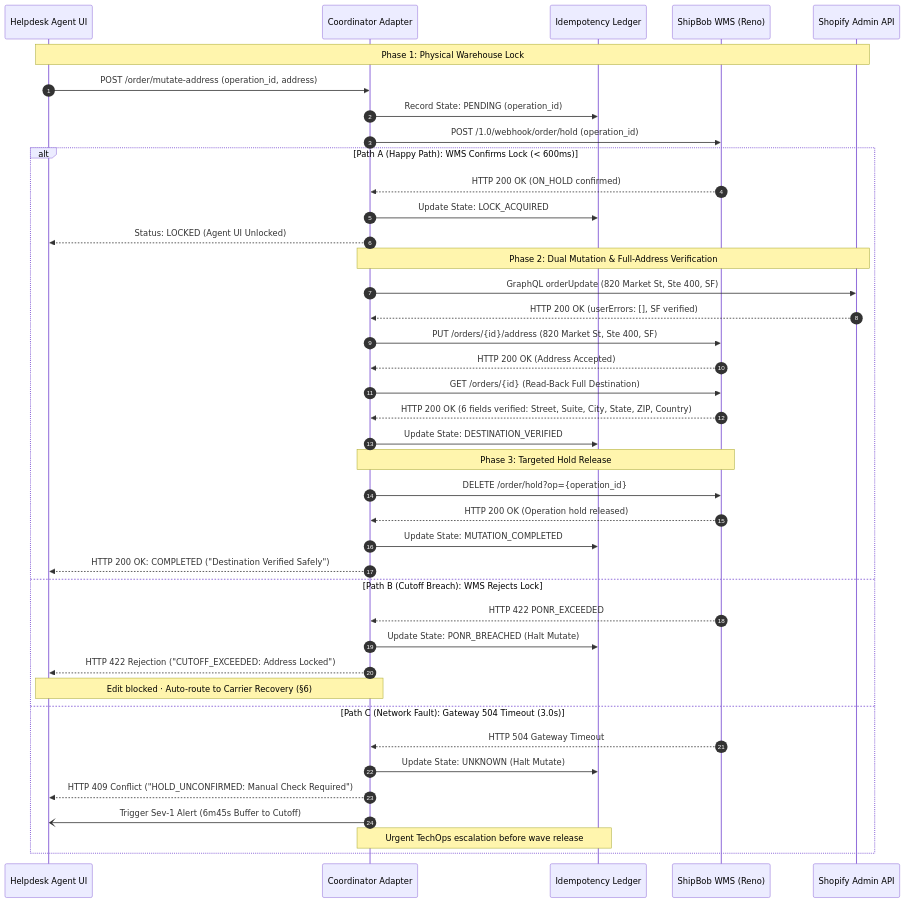
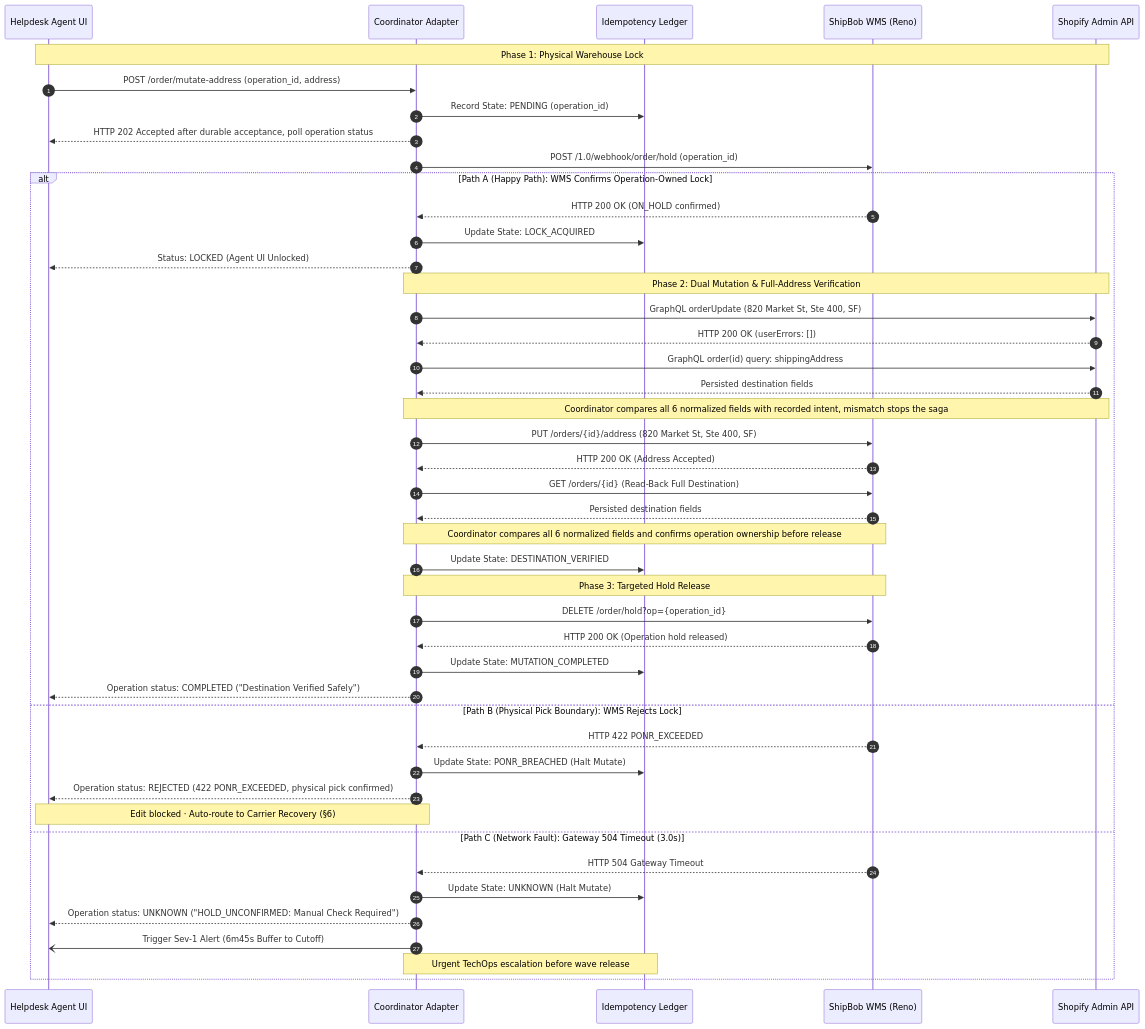
The second of 2 diagrams in capstone/MasterDossier-Capstone-AsynchronousOrderMutation.md (riovicsusas/portfolio), drawn with Mermaid before and after one commit. The commit also changed other lines of this file and 17 other files, not shown here.

````diff
--- a/capstone/MasterDossier-Capstone-AsynchronousOrderMutation.md
+++ b/capstone/MasterDossier-Capstone-AsynchronousOrderMutation.md
@@ -475,48 +479,53 @@
 ```mermaid
 sequenceDiagram
     autonumber
     participant Helpdesk as Helpdesk Agent UI
     participant Coord as Coordinator Adapter
     participant DB as Idempotency Ledger
     participant WMS as ShipBob WMS (Reno)
     participant Shopify as Shopify Admin API
 
     Note over Helpdesk,Shopify: Phase 1: Physical Warehouse Lock
     Helpdesk->>Coord: POST /order/mutate-address (operation_id, address)
     Coord->>DB: Record State: PENDING (operation_id)
+    Coord-->>Helpdesk: HTTP 202 Accepted after durable acceptance, poll operation status
     Coord->>WMS: POST /1.0/webhook/order/hold (operation_id)
 
-    alt Path A (Happy Path): WMS Confirms Lock (< 600ms)
+    alt Path A (Happy Path): WMS Confirms Operation-Owned Lock
         WMS-->>Coord: HTTP 200 OK (ON_HOLD confirmed)
         Coord->>DB: Update State: LOCK_ACQUIRED
         Coord-->>Helpdesk: Status: LOCKED (Agent UI Unlocked)
 
         Note over Coord,Shopify: Phase 2: Dual Mutation & Full-Address Verification
         Coord->>Shopify: GraphQL orderUpdate (820 Market St, Ste 400, SF)
-        Shopify-->>Coord: HTTP 200 OK (userErrors: [], SF verified)
+        Shopify-->>Coord: HTTP 200 OK (userErrors: [])
+        Coord->>Shopify: GraphQL order(id) query: shippingAddress
+        Shopify-->>Coord: Persisted destination fields
+        Note over Coord,Shopify: Coordinator compares all 6 normalized fields with recorded intent, mismatch stops the saga
         Coord->>WMS: PUT /orders/{id}/address (820 Market St, Ste 400, SF)
         WMS-->>Coord: HTTP 200 OK (Address Accepted)
         Coord->>WMS: GET /orders/{id} (Read-Back Full Destination)
-        WMS-->>Coord: HTTP 200 OK (6 fields verified: Street, Suite, City, State, ZIP, Country)
+        WMS-->>Coord: Persisted destination fields
+        Note over Coord,WMS: Coordinator compares all 6 normalized fields and confirms operation ownership before release
         Coord->>DB: Update State: DESTINATION_VERIFIED
 
         Note over Coord,WMS: Phase 3: Targeted Hold Release
         Coord->>WMS: DELETE /order/hold?op={operation_id}
         WMS-->>Coord: HTTP 200 OK (Operation hold released)
         Coord->>DB: Update State: MUTATION_COMPLETED
-        Coord-->>Helpdesk: HTTP 200 OK: COMPLETED ("Destination Verified Safely")
+        Coord-->>Helpdesk: Operation status: COMPLETED ("Destination Verified Safely")
 
-    else Path B (Cutoff Breach): WMS Rejects Lock
+    else Path B (Physical Pick Boundary): WMS Rejects Lock
         WMS-->>Coord: HTTP 422 PONR_EXCEEDED
         Coord->>DB: Update State: PONR_BREACHED (Halt Mutate)
-        Coord-->>Helpdesk: HTTP 422 Rejection ("CUTOFF_EXCEEDED: Address Locked")
+        Coord-->>Helpdesk: Operation status: REJECTED (422 PONR_EXCEEDED, physical pick confirmed)
         Note over Coord,Helpdesk: Edit blocked · Auto-route to Carrier Recovery (§6)
 
     else Path C (Network Fault): Gateway 504 Timeout (3.0s)
         WMS-->>Coord: HTTP 504 Gateway Timeout
         Coord->>DB: Update State: UNKNOWN (Halt Mutate)
-        Coord-->>Helpdesk: HTTP 409 Conflict ("HOLD_UNCONFIRMED: Manual Check Required")
+        Coord-->>Helpdesk: Operation status: UNKNOWN ("HOLD_UNCONFIRMED: Manual Check Required")
         Coord-)Helpdesk: Trigger Sev-1 Alert (6m45s Buffer to Cutoff)
         Note over Coord,DB: Urgent TechOps escalation before wave release
     end
 ```
````
